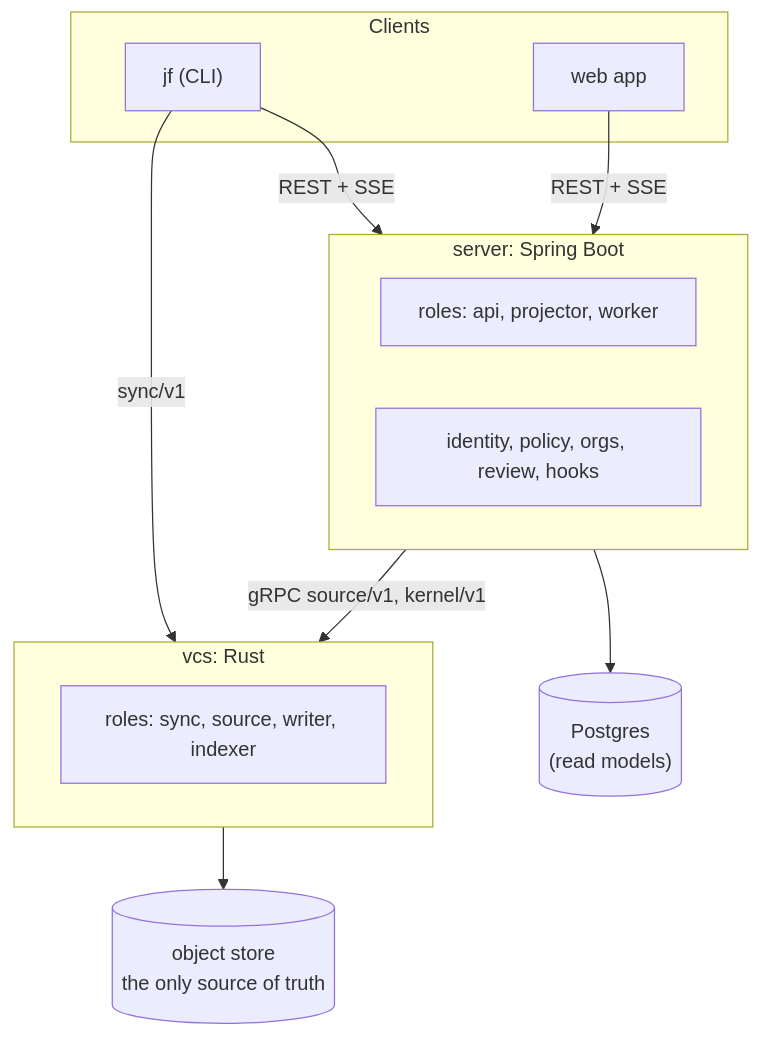
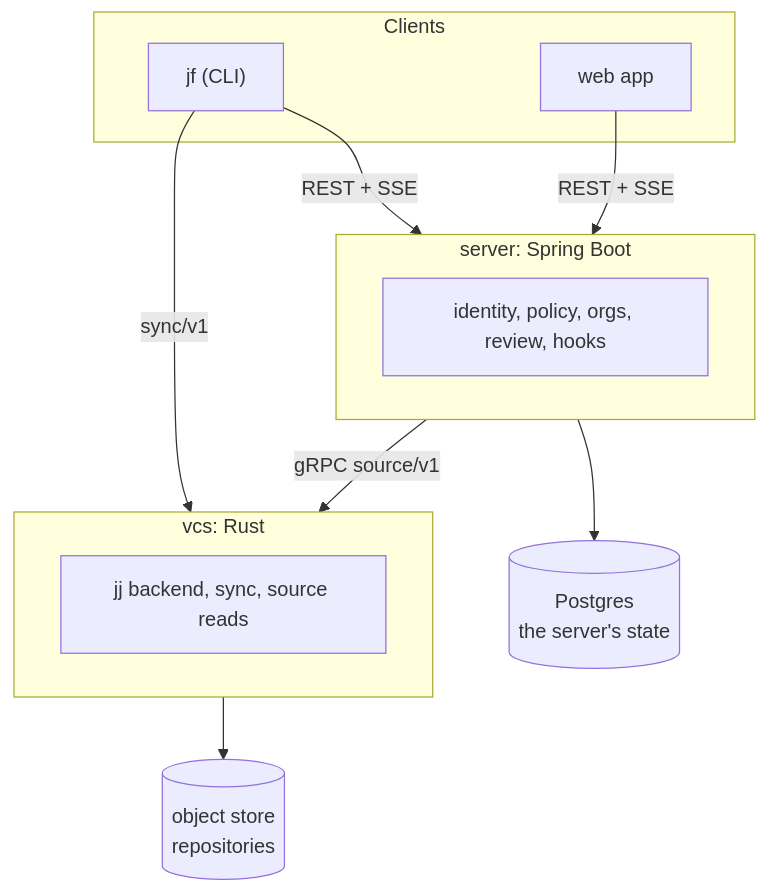
One commit to nca-apprentices/jjforge changed the diagram in shared/docs/architecture.md. Above: the diagram before and after it, drawn with Mermaid. The commit also changed other lines of this file and 58 other files, not shown here.

First line of the commit message:
docs(adr)!: keep the server's state in Postgres and merge the ADRs

````diff
--- a/shared/docs/architecture.md
+++ b/shared/docs/architecture.md
@@ -9,28 +9,26 @@
 ```mermaid
 flowchart TB
     subgraph clients[Clients]
         cli["jf (CLI)"]
         web[web app]
     end
 
     subgraph server["server: Spring Boot"]
-        direction LR
-        roles["roles: api, projector, worker"]
         domains["identity, policy, orgs, review, hooks"]
     end
 
-    pg[("Postgres<br/>(read models)")]
+    pg[("Postgres<br/>the server's state")]
 
     subgraph vcs["vcs: Rust"]
-        vroles["roles: sync, source, writer, indexer"]
+        vdomains["jj backend, sync, source reads"]
     end
 
-    store[("object store<br/>the only source of truth")]
+    store[("object store<br/>repositories")]
 
     cli -- "REST + SSE" --> server
     web -- "REST + SSE" --> server
     cli -- "sync/v1" --> vcs
-    server -- "gRPC source/v1, kernel/v1" --> vcs
+    server -- "gRPC source/v1" --> vcs
     server --> pg
     vcs --> store
 ```
````
